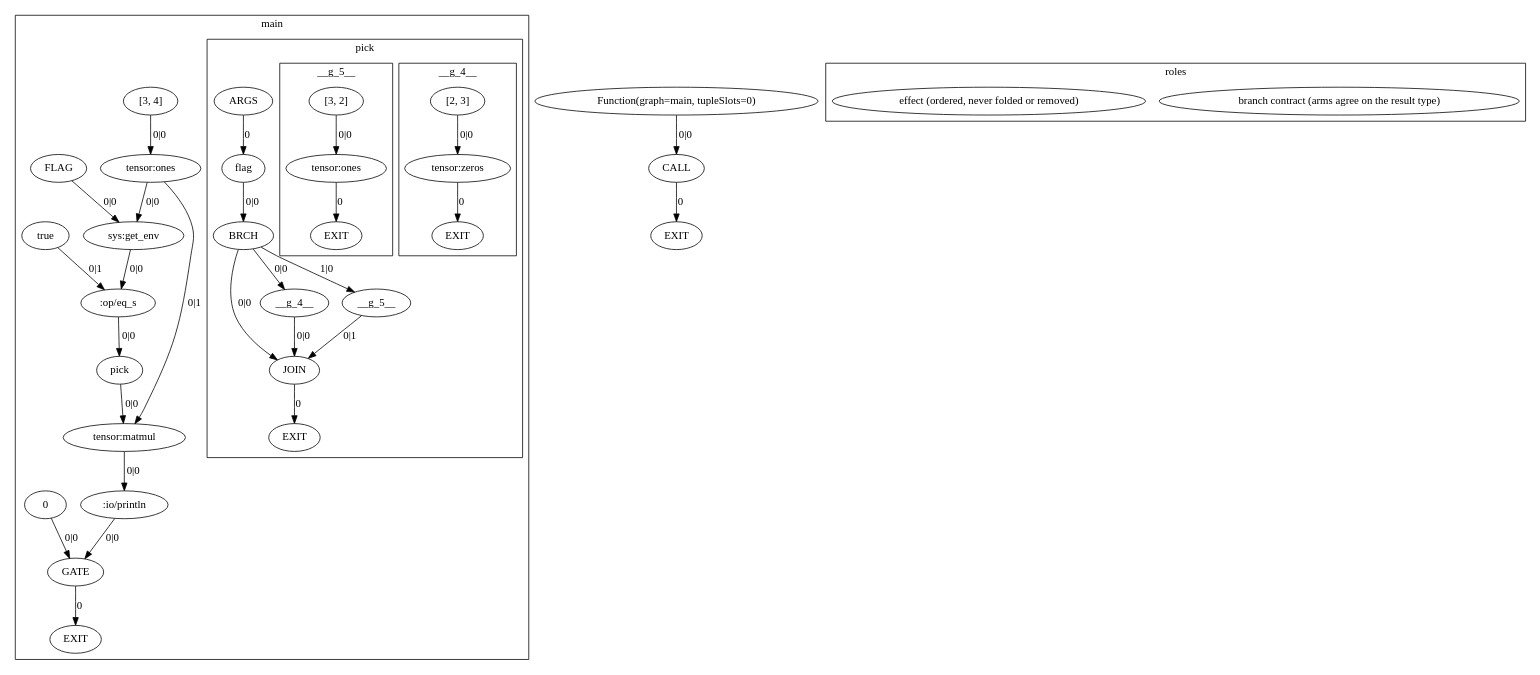
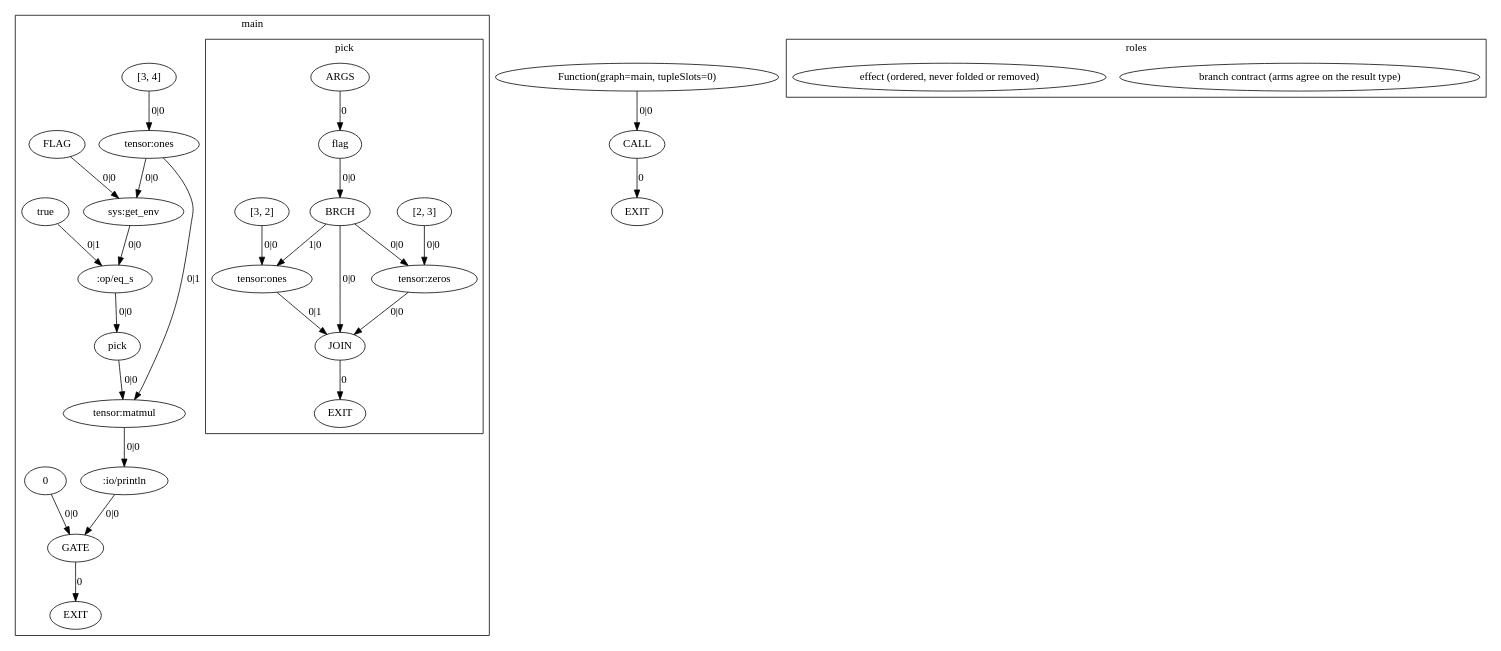
One commit to OpenCML/Camel changed the diagram in exemplars/02_branch_shape_contract/expected/dump.agir.dot. Above: the diagram before and after it, drawn with Graphviz. The commit also changed 46 other files, not shown here.

```diff
--- a/exemplars/02_branch_shape_contract/expected/dump.agir.dot
+++ b/exemplars/02_branch_shape_contract/expected/dump.agir.dot
@@ -1,73 +1,61 @@
 digraph GraphIR {
     subgraph cluster_F01 {
         label="main";
         subgraph cluster_F02 {
             label="pick";
-            subgraph cluster_F03 {
-                label="__g_4__";
-                O03 [label="EXIT", type="EXIT"];
-                N00 [label="[2, 3]", type="DATA", origin=160, span="13:30-13:36", srcfile="exemplars/02_branch_shape_contract/program.cml", value_type="int[]"];
-                N01 [label="tensor:zeros", type="OPER", origin=161, span="13:24-13:29", srcfile="exemplars/02_branch_shape_contract/program.cml", value_type="Tensor<float32, [2, 3]>"];
-                N01 -> O03 [label="0", type="EXIT"];
-                N00 -> N01 [label="0|0", type="NORM"];
-            }
-            subgraph cluster_F04 {
-                label="__g_5__";
-                O04 [label="EXIT", type="EXIT"];
-                N02 [label="[3, 2]", type="DATA", origin=164, span="13:48-13:54", srcfile="exemplars/02_branch_shape_contract/program.cml", value_type="int[]"];
-                N03 [label="tensor:ones", type="OPER", origin=165, span="13:43-13:47", srcfile="exemplars/02_branch_shape_contract/program.cml", value_type="Tensor<float32, [3, 2]>"];
-                N03 -> O04 [label="0", type="EXIT"];
-                N02 -> N03 [label="0|0", type="NORM"];
-            }
             F02 [label="ARGS", type="ARGS"];
             O02 [label="EXIT", type="EXIT"];
-            N04 [label="flag", type="PORT", param_name="flag", param_kind="normal", param_index="0", value_type="bool"];
-            N05 [label="JOIN", type="JOIN", role="branch-contract", origin=157, span="13:11-13:55", srcfile="exemplars/02_branch_shape_contract/program.cml", value_type="Tensor<float32, [?, ?]>"];
-            N06 [label="BRCH", type="BRCH", origin=156, span="13:11-13:55", srcfile="exemplars/02_branch_shape_contract/program.cml", value_type="int"];
-            N07 [label="__g_4__", type="FUNC", origin=158, span="13:24-13:37", srcfile="exemplars/02_branch_shape_contract/program.cml", value_type="Tensor<float32, [2, 3]>"];
-            N08 [label="__g_5__", type="FUNC", origin=162, span="13:43-13:55", srcfile="exemplars/02_branch_shape_contract/program.cml", value_type="Tensor<float32, [3, 2]>"];
-            F02 -> N04 [label="0", type="NORM_PORT"];
-            N05 -> O02 [label="0", type="EXIT"];
-            N07 -> N05 [label="0|0", type="WITH"];
-            N08 -> N05 [label="0|1", type="WITH"];
-            N06 -> N05 [label="0|0", type="NORM"];
-            N04 -> N06 [label="0|0", type="NORM"];
-            N06 -> N07 [label="0|0", type="CTRL"];
-            N06 -> N08 [label="1|0", type="CTRL"];
+            N00 [label="flag", type="PORT", param_name="flag", param_kind="normal", param_index="0", value_type="bool"];
+            N01 [label="JOIN", type="JOIN", role="branch-contract", origin=157, span="13:11-13:55", srcfile="exemplars/02_branch_shape_contract/program.cml", value_type="Tensor<float32, [?, ?]>"];
+            N02 [label="BRCH", type="BRCH", origin=156, span="13:11-13:55", srcfile="exemplars/02_branch_shape_contract/program.cml", value_type="int"];
+            N03 [label="[2, 3]", type="DATA", origin=160, span="13:30-13:36", srcfile="exemplars/02_branch_shape_contract/program.cml", value_type="int[]"];
+            N04 [label="tensor:zeros", type="OPER", origin=161, span="13:24-13:29", srcfile="exemplars/02_branch_shape_contract/program.cml", value_type="Tensor<float32, [2, 3]>"];
+            N05 [label="[3, 2]", type="DATA", origin=164, span="13:48-13:54", srcfile="exemplars/02_branch_shape_contract/program.cml", value_type="int[]"];
+            N06 [label="tensor:ones", type="OPER", origin=165, span="13:43-13:47", srcfile="exemplars/02_branch_shape_contract/program.cml", value_type="Tensor<float32, [3, 2]>"];
+            F02 -> N00 [label="0", type="NORM_PORT"];
+            N01 -> O02 [label="0", type="EXIT"];
+            N04 -> N01 [label="0|0", type="WITH"];
+            N06 -> N01 [label="0|1", type="WITH"];
+            N02 -> N01 [label="0|0", type="NORM"];
+            N00 -> N02 [label="0|0", type="NORM"];
+            N03 -> N04 [label="0|0", type="NORM"];
+            N02 -> N04 [label="0|0", type="CTRL"];
+            N05 -> N06 [label="0|0", type="NORM"];
+            N02 -> N06 [label="1|0", type="CTRL"];
         }
         O01 [label="EXIT", type="EXIT"];
-        N09 [label="[3, 4]", type="DATA", origin=168, span="17:17-17:23", srcfile="exemplars/02_branch_shape_contract/program.cml", value_type="int[]"];
-        N0A [label="tensor:ones", type="OPER", origin=169, span="17:12-17:16", srcfile="exemplars/02_branch_shape_contract/program.cml", value_type="Tensor<float32, [3, 4]>"];
-        N0B [label="FLAG", type="DATA", origin=175, span="18:25-18:31", srcfile="exemplars/02_branch_shape_contract/program.cml", value_type="string"];
-        N0C [label="sys:get_env", type="OPER", role="effect", origin=176, span="18:17-18:24", srcfile="exemplars/02_branch_shape_contract/program.cml", value_type="string"];
-        N0D [label="true", type="DATA", origin=177, span="18:36-18:42", srcfile="exemplars/02_branch_shape_contract/program.cml", value_type="string"];
-        N0E [label=":op/eq_s", type="OPER", origin=178, span="18:33-18:35", srcfile="exemplars/02_branch_shape_contract/program.cml", value_type="bool"];
-        N0F [label="pick", type="FUNC", origin=179, span="18:12-18:43", srcfile="exemplars/02_branch_shape_contract/program.cml", value_type="Tensor"];
-        N10 [label="tensor:matmul", type="OPER", origin=180, span="18:44-18:45", srcfile="exemplars/02_branch_shape_contract/program.cml", value_type="Tensor"];
-        N11 [label=":io/println", type="OPER", role="effect", origin=181, span="18:4-18:11", srcfile="exemplars/02_branch_shape_contract/program.cml", value_type="Tensor"];
-        N12 [label="0", type="DATA", origin=182, span="19:11-19:12", srcfile="exemplars/02_branch_shape_contract/program.cml", value_type="int"];
-        N13 [label="GATE", type="GATE", value_type="int"];
-        N13 -> O01 [label="0", type="EXIT"];
+        N07 [label="[3, 4]", type="DATA", origin=168, span="17:17-17:23", srcfile="exemplars/02_branch_shape_contract/program.cml", value_type="int[]"];
+        N08 [label="tensor:ones", type="OPER", origin=169, span="17:12-17:16", srcfile="exemplars/02_branch_shape_contract/program.cml", value_type="Tensor<float32, [3, 4]>"];
+        N09 [label="FLAG", type="DATA", origin=175, span="18:25-18:31", srcfile="exemplars/02_branch_shape_contract/program.cml", value_type="string"];
+        N0A [label="sys:get_env", type="OPER", role="effect", origin=176, span="18:17-18:24", srcfile="exemplars/02_branch_shape_contract/program.cml", value_type="string"];
+        N0B [label="true", type="DATA", origin=177, span="18:36-18:42", srcfile="exemplars/02_branch_shape_contract/program.cml", value_type="string"];
+        N0C [label=":op/eq_s", type="OPER", origin=178, span="18:33-18:35", srcfile="exemplars/02_branch_shape_contract/program.cml", value_type="bool"];
+        N0D [label="pick", type="FUNC", origin=179, span="18:12-18:43", srcfile="exemplars/02_branch_shape_contract/program.cml", value_type="Tensor"];
+        N0E [label="tensor:matmul", type="OPER", origin=180, span="18:44-18:45", srcfile="exemplars/02_branch_shape_contract/program.cml", value_type="Tensor"];
+        N0F [label=":io/println", type="OPER", role="effect", origin=181, span="18:4-18:11", srcfile="exemplars/02_branch_shape_contract/program.cml", value_type="Tensor"];
+        N10 [label="0", type="DATA", origin=182, span="19:11-19:12", srcfile="exemplars/02_branch_shape_contract/program.cml", value_type="int"];
+        N11 [label="GATE", type="GATE", value_type="int"];
+        N11 -> O01 [label="0", type="EXIT"];
+        N07 -> N08 [label="0|0", type="NORM"];
         N09 -> N0A [label="0|0", type="NORM"];
-        N0B -> N0C [label="0|0", type="NORM"];
-        N0A -> N0C [label="0|0", type="CTRL"];
-        N0C -> N0E [label="0|0", type="NORM"];
-        N0D -> N0E [label="0|1", type="NORM"];
+        N08 -> N0A [label="0|0", type="CTRL"];
+        N0A -> N0C [label="0|0", type="NORM"];
+        N0B -> N0C [label="0|1", type="NORM"];
+        N0C -> N0D [label="0|0", type="NORM"];
+        N0D -> N0E [label="0|0", type="NORM"];
+        N08 -> N0E [label="0|1", type="NORM"];
         N0E -> N0F [label="0|0", type="NORM"];
-        N0F -> N10 [label="0|0", type="NORM"];
-        N0A -> N10 [label="0|1", type="NORM"];
         N10 -> N11 [label="0|0", type="NORM"];
-        N12 -> N13 [label="0|0", type="NORM"];
-        N11 -> N13 [label="0|0", type="CTRL"];
+        N0F -> N11 [label="0|0", type="CTRL"];
     }
     O00 [label="EXIT", type="EXIT"];
-    N14 [label="Function(graph=main, tupleSlots=0)", type="DATA", origin=166, span="16:0-20:1", srcfile="exemplars/02_branch_shape_contract/program.cml", value_type="() => int"];
-    N15 [label="CALL", type="CALL", value_type="int"];
-    N15 -> O00 [label="0", type="EXIT"];
-    N14 -> N15 [label="0|0", type="WITH"];
+    N12 [label="Function(graph=main, tupleSlots=0)", type="DATA", origin=166, span="16:0-20:1", srcfile="exemplars/02_branch_shape_contract/program.cml", value_type="() => int"];
+    N13 [label="CALL", type="CALL", value_type="int"];
+    N13 -> O00 [label="0", type="EXIT"];
+    N12 -> N13 [label="0|0", type="WITH"];
     subgraph cluster_legend {
         label="roles";
         "legend_branch-contract" [label="branch contract (arms agree on the result type)", type="LEGEND", role="branch-contract"];
         "legend_effect" [label="effect (ordered, never folded or removed)", type="LEGEND", role="effect"];
     }
 }
```
